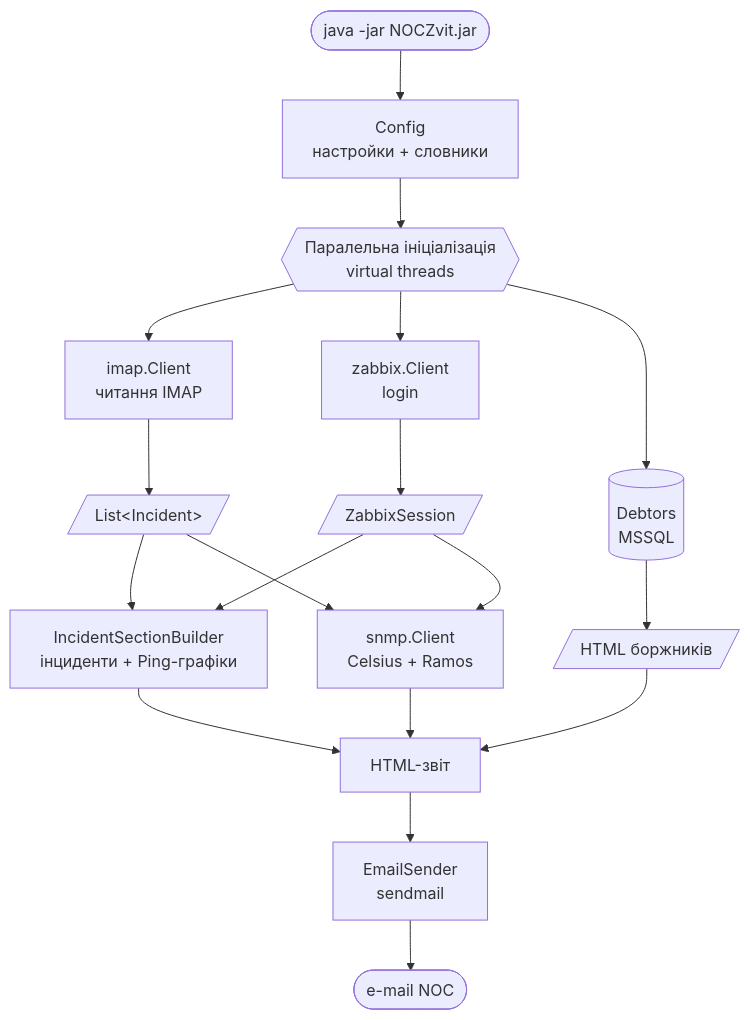
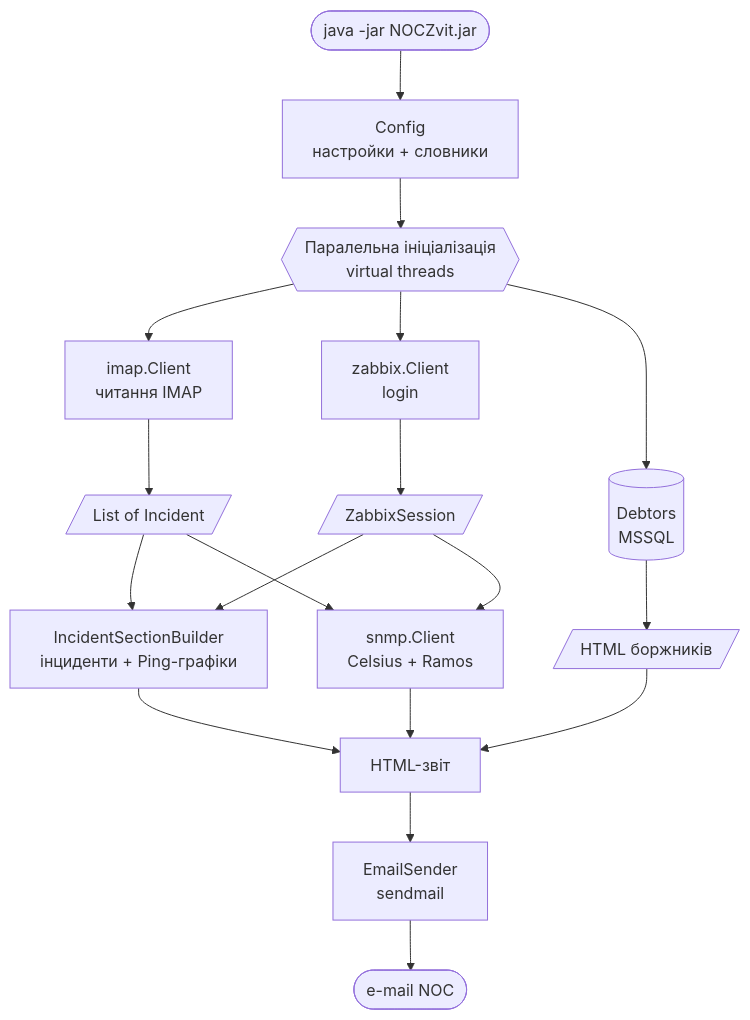
Before and after one commit to oldengremlin/NOCZvit: the first of 3 diagrams in README.md, drawn with Mermaid. The commit also changed other lines of this file, not shown here.

First line of the commit message:
docs: fix Mermaid flowchart syntax errors in README

````diff
--- a/README.md
+++ b/README.md
@@ -19,23 +19,23 @@
 ```mermaid
 flowchart TD
     CLI([java -jar NOCZvit.jar]) --> CFG[Config\nнастройки + словники]
     CFG --> PAR{{"Паралельна ініціалізація\nvirtual threads"}}
 
     PAR --> IMAP[imap.Client\nчитання IMAP]
     PAR --> ZAB[zabbix.Client\nlogin]
     PAR --> DB[(Debtors\nMSSQL)]
 
-    IMAP --> INC[/"List&lt;Incident&gt;"/]
+    IMAP --> INC[/List of Incident/]
     ZAB  --> ZS[/ZabbixSession/]
     DB   --> DH[/HTML боржників/]
 
     INC & ZS --> ISB[IncidentSectionBuilder\nінциденти + Ping-графіки]
     INC & ZS --> SNMP[snmp.Client\nCelsius + Ramos]
 
     ISB  --> HTML[HTML-звіт]
     SNMP --> HTML
     DH   --> HTML
 
     HTML --> MAIL[EmailSender\nsendmail]
     MAIL --> OUT([e-mail NOC])
 ```
````
